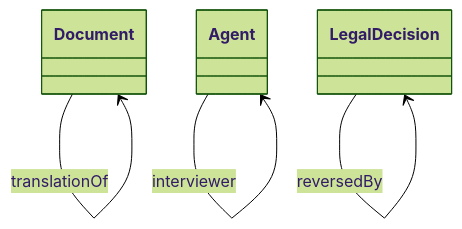
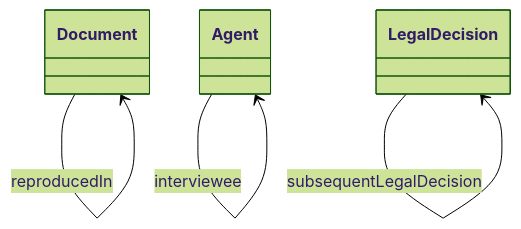
One commit to oeg-upm/Devos changed the diagram in output/Top_in_lov/bibo.rdf-description-3.md. Above: the diagram before and after it, drawn with Mermaid (forest theme). The commit also changed other lines of this file and 295 other files, not shown here.

````diff
--- a/output/Top_in_lov/bibo.rdf-description-3.md
+++ b/output/Top_in_lov/bibo.rdf-description-3.md
@@ -1,37 +1,37 @@
 ```mermaid
 	classDiagram
 
     
     class Document {
     
     }
 
     class Agent {
     
     }
 
     class LegalDecision {
     
     }
 
 
 
+LegalDecision  --> LegalDecision   :reversedBy  
+
 LegalDecision  --> LegalDecision   :affirmedBy  
+
+Document  --> Document   :cites  
+
+Document  --> Document   :translationOf  
+
+Agent  --> Agent   :interviewer  
+
+Document  --> Document   :citedBy  
+
+Document  --> Document   :reproducedIn  
 
 Agent  --> Agent   :interviewee  
 
 LegalDecision  --> LegalDecision   :subsequentLegalDecision  
 
-LegalDecision  --> LegalDecision   :reversedBy  
-
-Agent  --> Agent   :interviewer  
-
-Document  --> Document   :cites  
-
-Document  --> Document   :reproducedIn  
-
-Document  --> Document   :citedBy  
-
-Document  --> Document   :translationOf  
-
 ```
````
